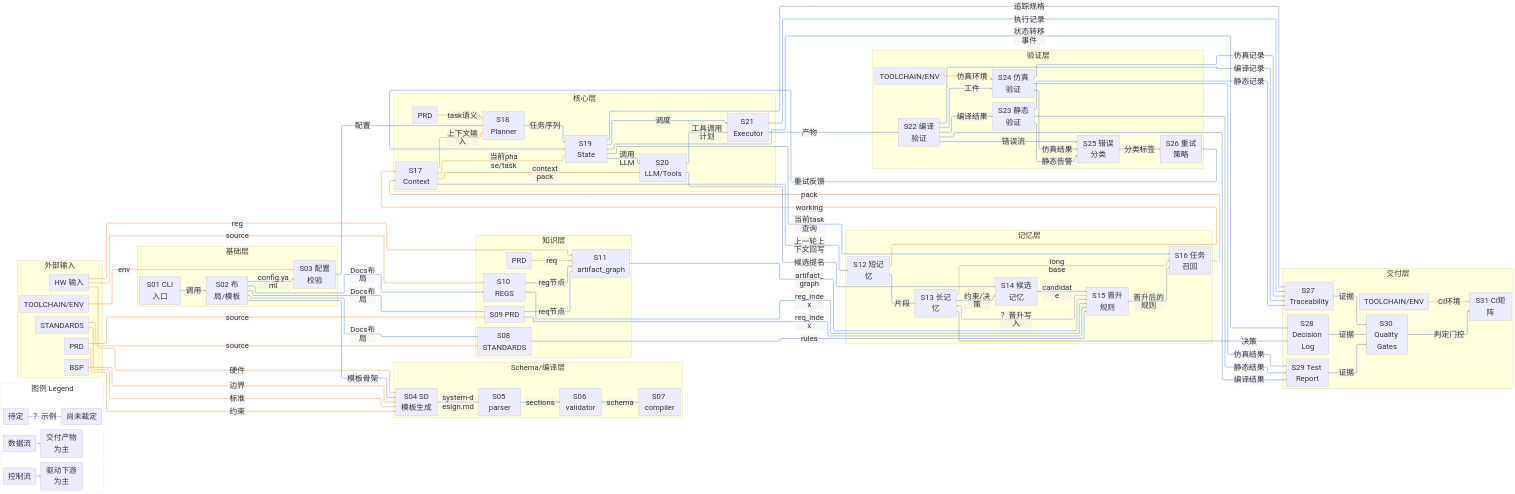
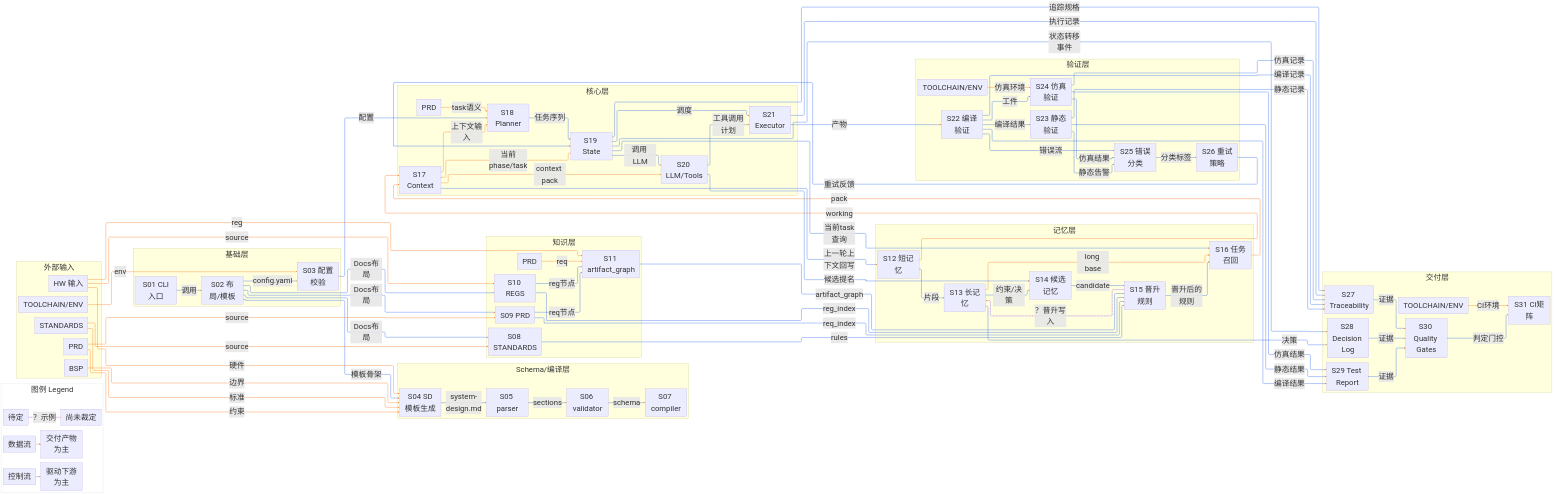
Before and after one commit to vial828/Embedded-Pi: the diagram in agent-design/epi-dev-slices-overview.mmd, drawn with Mermaid. The commit also changed 1 other file, not shown here.

Commit message:
chore(diagram): 禁止边标签换行，拥挤处仅缩边标签字号
- flowchart.htmlLabels=true + wrap=false
- themeCSS 强制 .edgeLabel 不换行（nowrap/keep-all）
- 极端拥挤时仅下调边标签字号到 32px，节点仍保持 48px

```diff
--- a/agent-design/epi-dev-slices-overview.mmd
+++ b/agent-design/epi-dev-slices-overview.mmd
@@ -1,4 +1,4 @@
-%%{init: {"flowchart": {"defaultRenderer": "elk", "curve": "linear", "htmlLabels": false, "useMaxWidth": false}, "layoutOptions": {"elk.spacing.nodeNode": "8", "elk.layered.spacing.nodeNodeBetweenLayers": "14", "elk.spacing.edgeNode": "7", "elk.spacing.edgeEdge": "6", "elk.layered.nodePlacement.strategy": "BRUTE_LIST", "elk.layered.compaction.postCompaction": "true", "elk.layered.compaction.postCompaction.constraints": "NODE_DISTANCE COMPONENT_SIZES", "elk.layered.mergeEdges": "true", "elk.edgeRouting": "ORTHOGONAL", "elk.compactParts": "true", "elk.padding": "[top=14,left=6,bottom=8,right=6]"}, "themeVariables": {"fontSize": "48px"}}}%%
+%%{init: {"flowchart": {"defaultRenderer": "elk", "curve": "linear", "htmlLabels": true, "useMaxWidth": false, "wrap": false}, "layoutOptions": {"elk.spacing.nodeNode": "8", "elk.layered.spacing.nodeNodeBetweenLayers": "14", "elk.spacing.edgeNode": "7", "elk.spacing.edgeEdge": "6", "elk.layered.nodePlacement.strategy": "BRUTE_LIST", "elk.layered.compaction.postCompaction": "true", "elk.layered.compaction.postCompaction.constraints": "NODE_DISTANCE COMPONENT_SIZES", "elk.layered.mergeEdges": "true", "elk.edgeRouting": "ORTHOGONAL", "elk.compactParts": "true", "elk.padding": "[top=14,left=6,bottom=8,right=6]"}, "themeVariables": {"fontSize": "48px"}, "themeCSS": ".edgeLabel, .edgeLabel p, .edgeLabel span { white-space: nowrap !important; word-break: keep-all !important; } .edgeLabel span { font-size: 32px !important; }"}}%%
 %% 方向写在下面的 flowchart 语句里，不写在 elk.direction：Mermaid 的 ELK 集成用图声明
 %% 的方向去设 elk.direction，在 layoutOptions 里写会被静默覆盖（试过一次，无变化）。
 %% 分散用后紧凑治，不用间距和宽高比治：间距是等比缩放，改多少比例还是那个形状。
@@ -8,6 +8,7 @@
 %% 字号是唯一的逐框收窄杠杆：框宽 = 标签文字宽 + 内边距，文字宽正比字号。
 %% 字号当前 12px；再小会影响可读性，再窄就应拆图或减秩。
 %% 反过来，CSS 强行改 .node rect 的 width 会错位：文字位置与边端点按 Mermaid 自测尺寸算。
+%% 边标签强制不换行；极端拥挤时只缩边标签字号（节点保持 48px）。
 %% 布局引擎用 ELK，不用默认 dagre。理由：dagre 把每个节点推到 max(前驱)+1，链一长整层横向散开，
 %% 而且层框只是成员外接框、无任何旋钮。ELK 给了 dagre 没有的三个：
 %%   elk.spacing.nodeNode                        同层节点间距（dagre 的 nodeSpacing 更粗）
```
